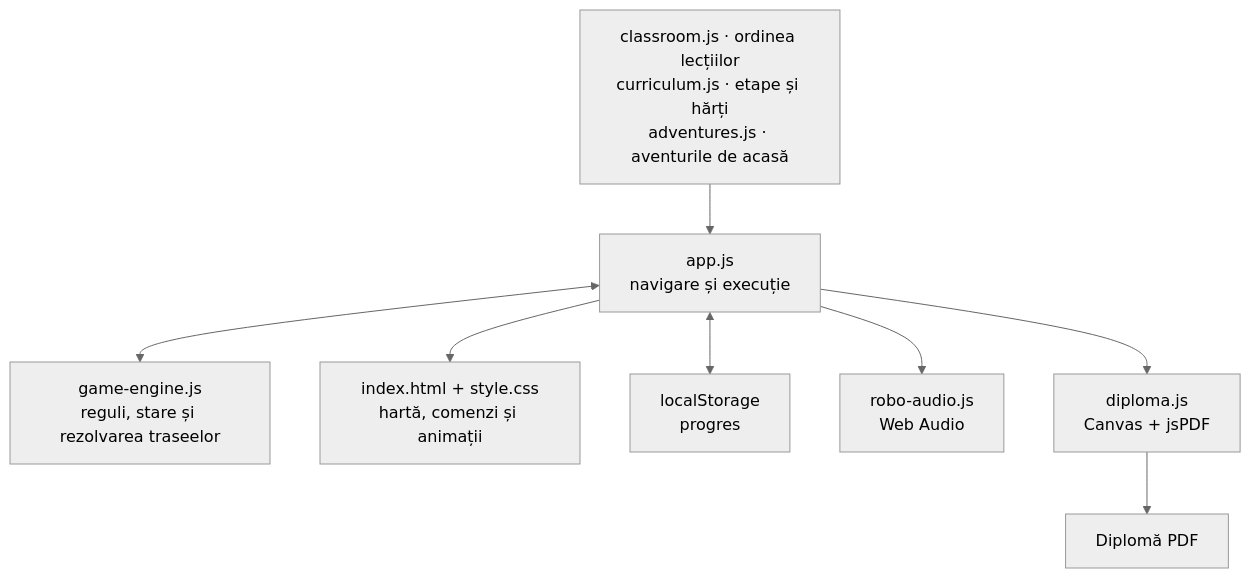
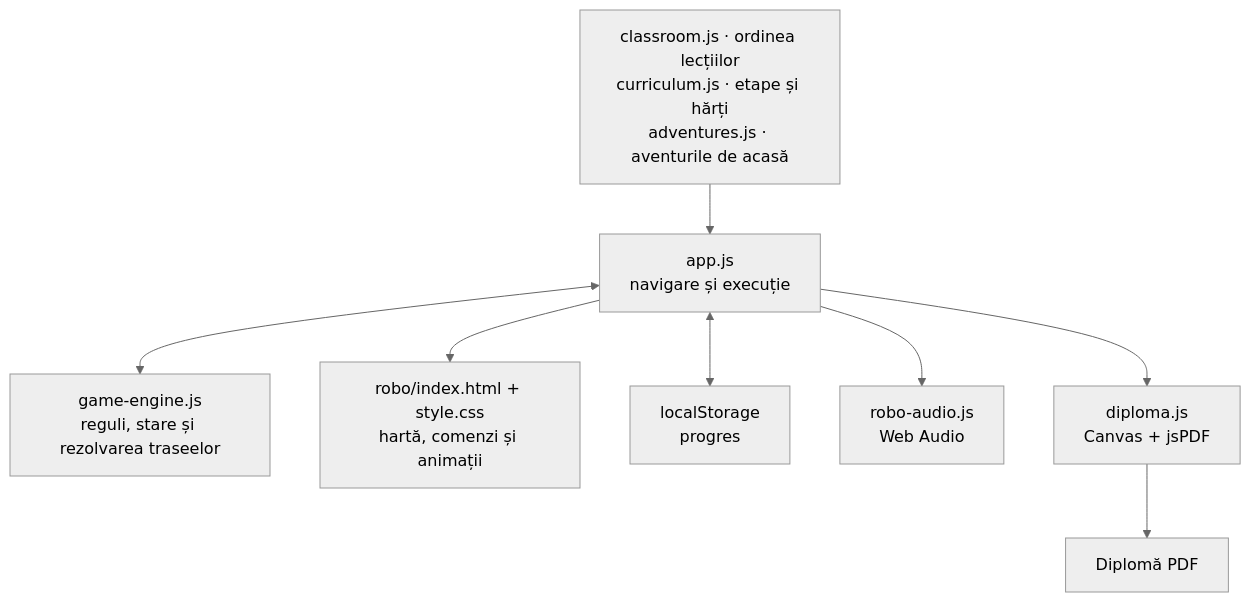
The diagram in Readme.md (ScoalaAltfelExploratori/Pregatitoare1), drawn with Mermaid (neutral theme) before and after one commit. The commit also changed other lines of this file and 922 other files, not shown here.

````diff
--- a/Readme.md
+++ b/Readme.md
@@ -56,10 +70,10 @@
 ```mermaid
 flowchart TD
     Lessons["classroom.js · ordinea lecțiilor<br/>curriculum.js · etape și hărți<br/>adventures.js · aventurile de acasă"] --> App["app.js<br/>navigare și execuție"]
     App <--> Engine["game-engine.js<br/>reguli, stare și rezolvarea traseelor"]
-    App --> UI["index.html + style.css<br/>hartă, comenzi și animații"]
+    App --> UI["robo/index.html + style.css<br/>hartă, comenzi și animații"]
     App <--> Storage["localStorage<br/>progres"]
     App --> Audio["robo-audio.js<br/>Web Audio"]
     App --> Diploma["diploma.js<br/>Canvas + jsPDF"]
     Diploma --> PDF["Diplomă PDF"]
 ```
````
